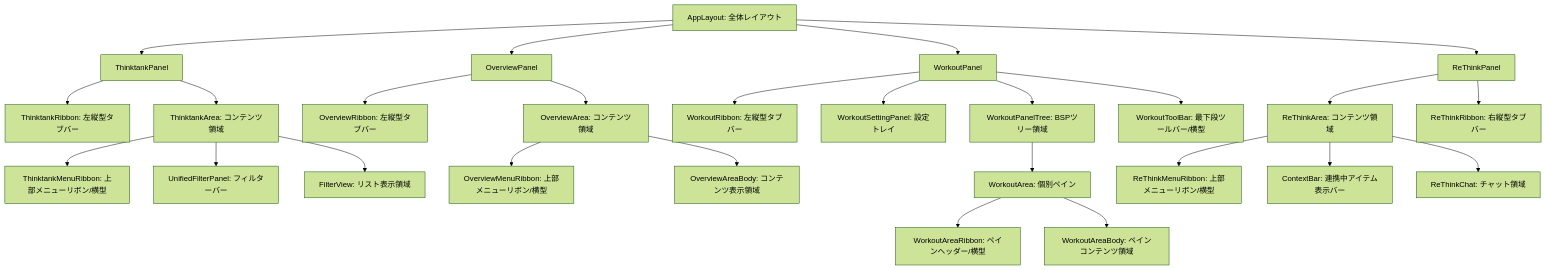
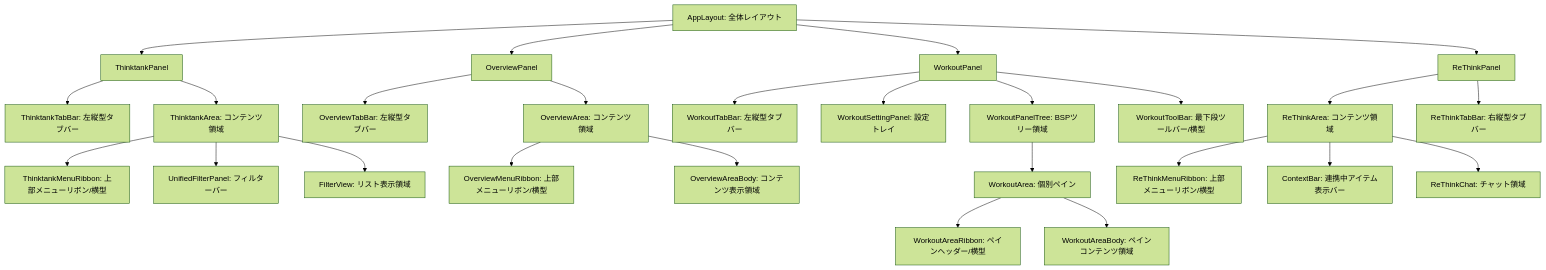
One commit to gogowooky/ThinktankWebCC changed the diagram in docs/260606_Thinktank仕様書/02_UI・画面レイアウト仕様.md. Above: the diagram before and after it, drawn with Mermaid (forest theme). The commit also changed other lines of this file and 15 other files, not shown here.

````diff
--- a/docs/260606_Thinktank仕様書/02_UI・画面レイアウト仕様.md
+++ b/docs/260606_Thinktank仕様書/02_UI・画面レイアウト仕様.md
@@ -26,32 +26,32 @@
 ```mermaid
 graph TD
     AppLayout[AppLayout: 全体レイアウト] --> TTP[ThinktankPanel]
     AppLayout --> OP[OverviewPanel]
     AppLayout --> WP[WorkoutPanel]
     AppLayout --> RTP[ReThinkPanel]
 
-    TTP --> TTR[ThinktankRibbon: 左縦型タブバー]
+    TTP --> TTR[ThinktankTabBar: 左縦型タブバー]
     TTP --> TTA[ThinktankArea: コンテンツ領域]
     TTA --> TTMR[ThinktankMenuRibbon: 上部メニューリボン/横型]
     TTA --> TTF[UnifiedFilterPanel: フィルターバー]
     TTA --> TTB[FilterView: リスト表示領域]
 
-    OP --> OPR[OverviewRibbon: 左縦型タブバー]
+    OP --> OPR[OverviewTabBar: 左縦型タブバー]
     OP --> OPA[OverviewArea: コンテンツ領域]
     OPA --> OPMR[OverviewMenuRibbon: 上部メニューリボン/横型]
     OPA --> OPB[OverviewAreaBody: コンテンツ表示領域]
 
-    WP --> WRB[WorkoutRibbon: 左縦型タブバー]
+    WP --> WRB[WorkoutTabBar: 左縦型タブバー]
     WP --> WSP[WorkoutSettingPanel: 設定トレイ]
     WP --> WPT[WorkoutPanelTree: BSPツリー領域]
     WPT --> BSP[WorkoutArea: 個別ペイン]
     BSP --> WAR[WorkoutAreaRibbon: ペインヘッダー/横型]
     BSP --> WAB[WorkoutAreaBody: ペインコンテンツ領域]
     WP --> WTB[WorkoutToolBar: 最下段ツールバー/横型]
 
     RTP --> RTA[ReThinkArea: コンテンツ領域]
     RTA --> RTMR[ReThinkMenuRibbon: 上部メニューリボン/横型]
     RTA --> RTCB[ContextBar: 連携中アイテム表示バー]
     RTA --> RTCH[ReThinkChat: チャット領域]
-    RTP --> RTR[ReThinkRibbon: 右縦型タブバー]
+    RTP --> RTR[ReThinkTabBar: 右縦型タブバー]
 ```
````
